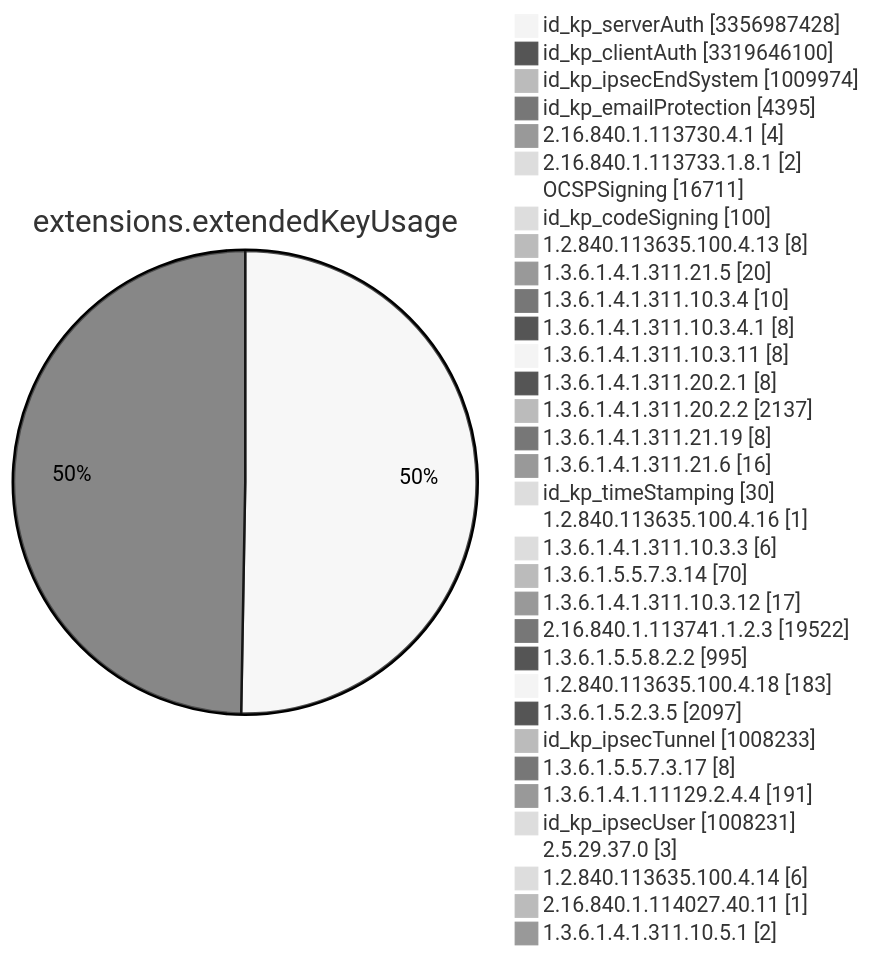
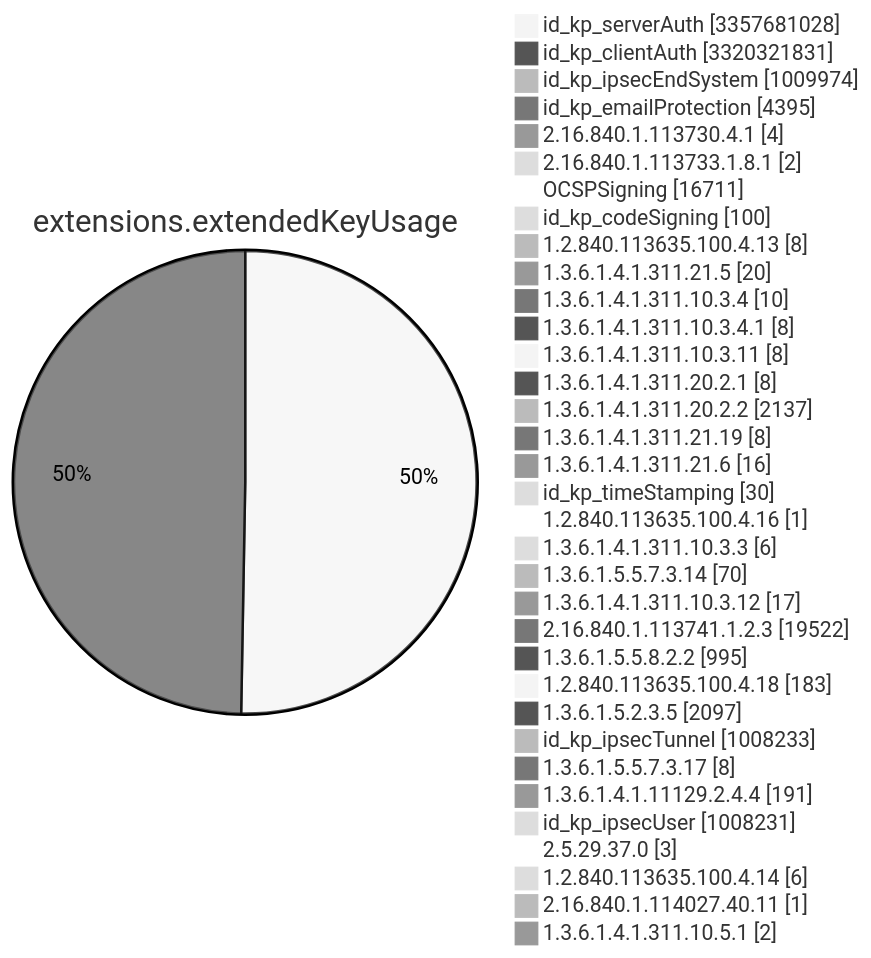
One commit to christiankrug/ctmonitor_visualization changed diagram 11 of 15 in TOTAL/README.md. Above: the diagram before and after it, drawn with Mermaid (neutral theme). The commit also changed other lines of this file, not shown here.

````diff
--- a/TOTAL/README.md
+++ b/TOTAL/README.md
@@ -4120,38 +4120,38 @@
 ```mermaid
 pie showData
 title extensions.extendedKeyUsage
-"id_kp_serverAuth" :3356987428
-"id_kp_clientAuth" :3319646100
+"id_kp_serverAuth" :3357681028
+"id_kp_clientAuth" :3320321831
 "id_kp_ipsecEndSystem" :1009974
 "id_kp_emailProtection" :4395
 "2.16.840.1.113730.4.1" :4
 "2.16.840.1.113733.1.8.1" :2
 "OCSPSigning" :16711
 "id_kp_codeSigning" :100
 "1.2.840.113635.100.4.13" :8
 "1.3.6.1.4.1.311.21.5" :20
 "1.3.6.1.4.1.311.10.3.4" :10
 "1.3.6.1.4.1.311.10.3.4.1" :8
 "1.3.6.1.4.1.311.10.3.11" :8
 "1.3.6.1.4.1.311.20.2.1" :8
 "1.3.6.1.4.1.311.20.2.2" :2137
 "1.3.6.1.4.1.311.21.19" :8
 "1.3.6.1.4.1.311.21.6" :16
 "id_kp_timeStamping" :30
 "1.2.840.113635.100.4.16" :1
 "1.3.6.1.4.1.311.10.3.3" :6
 "1.3.6.1.5.5.7.3.14" :70
 "1.3.6.1.4.1.311.10.3.12" :17
 "2.16.840.1.113741.1.2.3" :19522
 "1.3.6.1.5.5.8.2.2" :995
 "1.2.840.113635.100.4.18" :183
 "1.3.6.1.5.2.3.5" :2097
 "id_kp_ipsecTunnel" :1008233
 "1.3.6.1.5.5.7.3.17" :8
 "1.3.6.1.4.1.11129.2.4.4" :191
 "id_kp_ipsecUser" :1008231
 "2.5.29.37.0" :3
 "1.2.840.113635.100.4.14" :6
 "2.16.840.1.114027.40.11" :1
 "1.3.6.1.4.1.311.10.5.1" :2
 ```
````
